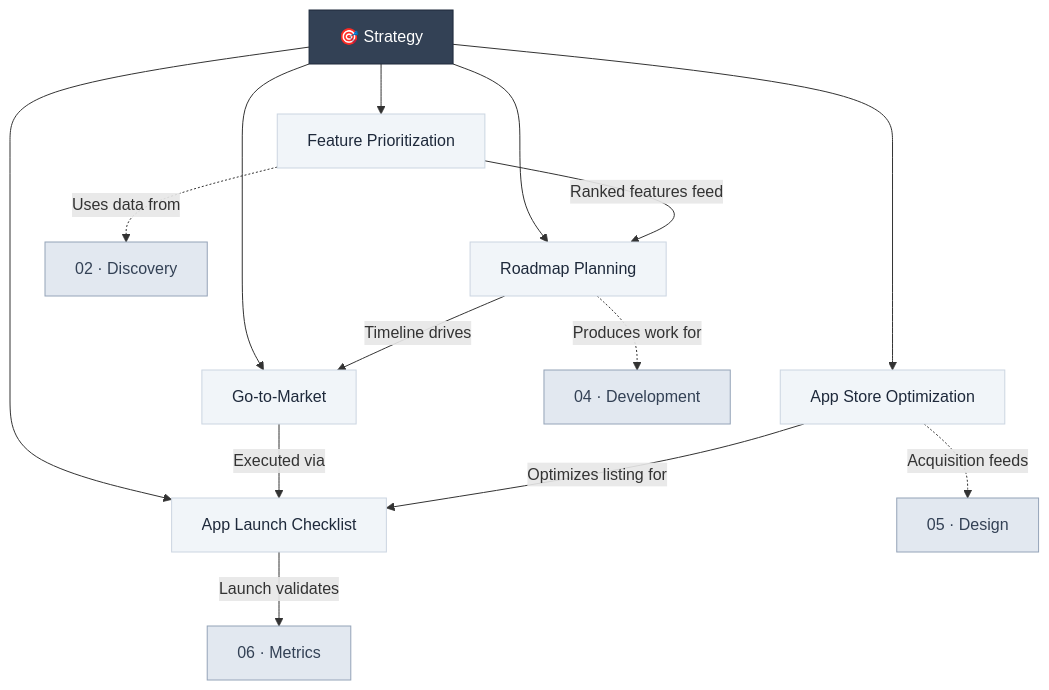
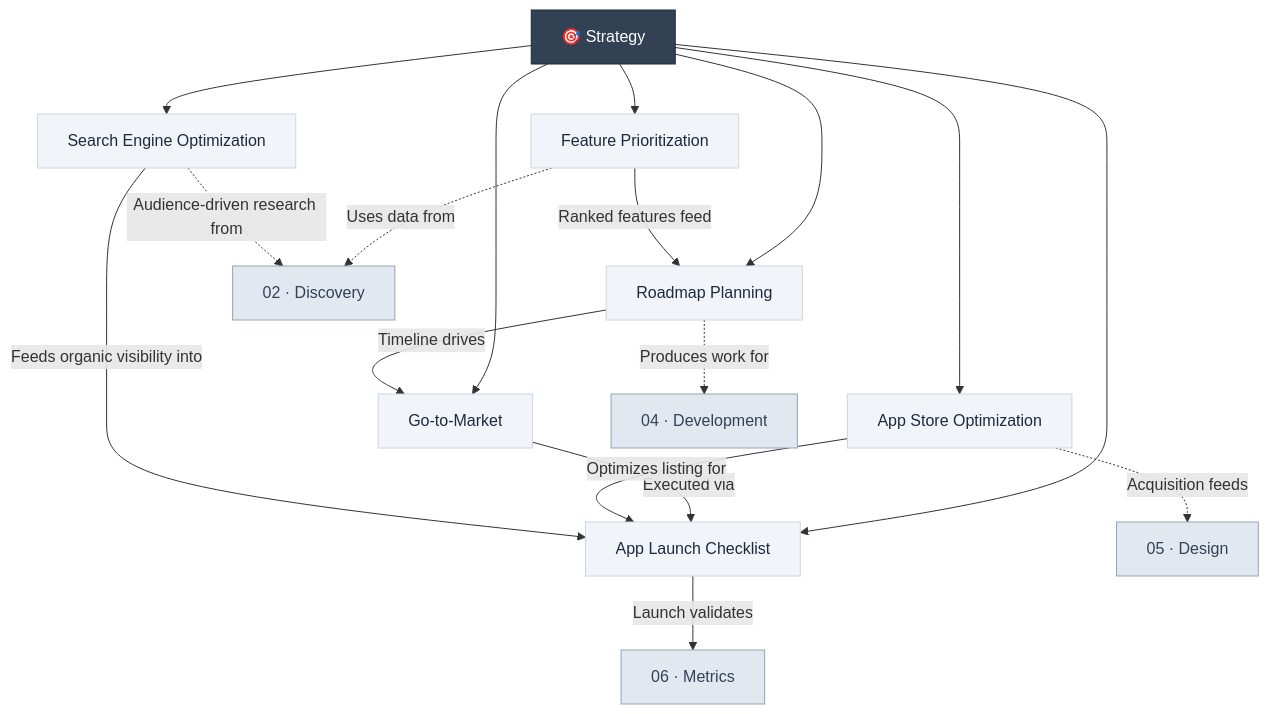
The diagram in wiki/03-strategy/index.md (DimKouts84/product_management_development_wiki), drawn with Mermaid before and after one commit. The commit also changed other lines of this file and 5 other files, not shown here.

Commit message:
feat: introduce Search Engine Optimization section and related links in strategy documentation

````diff
--- a/wiki/03-strategy/index.md
+++ b/wiki/03-strategy/index.md
@@ -11,29 +11,33 @@
 ```mermaid
 graph TD
     S["🎯 Strategy"] --> FP["Feature Prioritization"]
     S --> GTM["Go-to-Market"]
     S --> RP["Roadmap Planning"]
     S --> ASO["App Store Optimization"]
+    S --> SEO["Search Engine Optimization"]
     S --> ALC["App Launch Checklist"]
 
     FP -->|"Ranked features feed"| RP
     RP -->|"Timeline drives"| GTM
     GTM -->|"Executed via"| ALC
     ASO -->|"Optimizes listing for"| ALC
+    SEO -->|"Feeds organic visibility into"| ALC
     ALC -->|"Launch validates"| MET["06 · Metrics"]
 
     FP -.->|"Uses data from"| DISC["02 · Discovery"]
     RP -.->|"Produces work for"| DEV["04 · Development"]
     ASO -.->|"Acquisition feeds"| ONB["05 · Design"]
+    SEO -.->|"Audience-driven research from"| DISC
 
     style S fill:#334155,stroke:#1e293b,color:#fff
     style FP fill:#f1f5f9,stroke:#cbd5e1,color:#1e293b
     style GTM fill:#f1f5f9,stroke:#cbd5e1,color:#1e293b
     style RP fill:#f1f5f9,stroke:#cbd5e1,color:#1e293b
     style ASO fill:#f1f5f9,stroke:#cbd5e1,color:#1e293b
+    style SEO fill:#f1f5f9,stroke:#cbd5e1,color:#1e293b
     style ALC fill:#f1f5f9,stroke:#cbd5e1,color:#1e293b
     style MET fill:#e2e8f0,stroke:#94a3b8,color:#334155
     style DISC fill:#e2e8f0,stroke:#94a3b8,color:#334155
     style DEV fill:#e2e8f0,stroke:#94a3b8,color:#334155
     style ONB fill:#e2e8f0,stroke:#94a3b8,color:#334155
 ```
````
